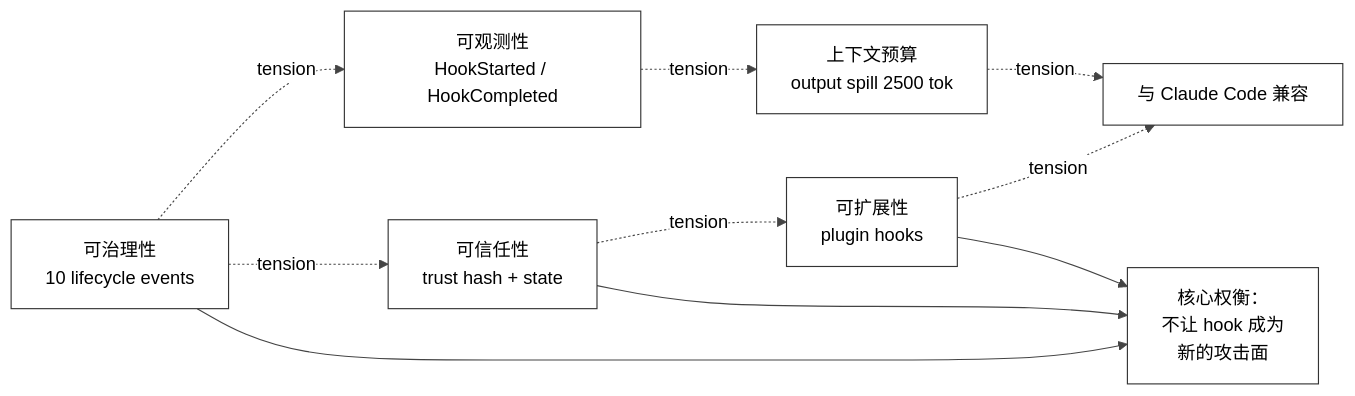
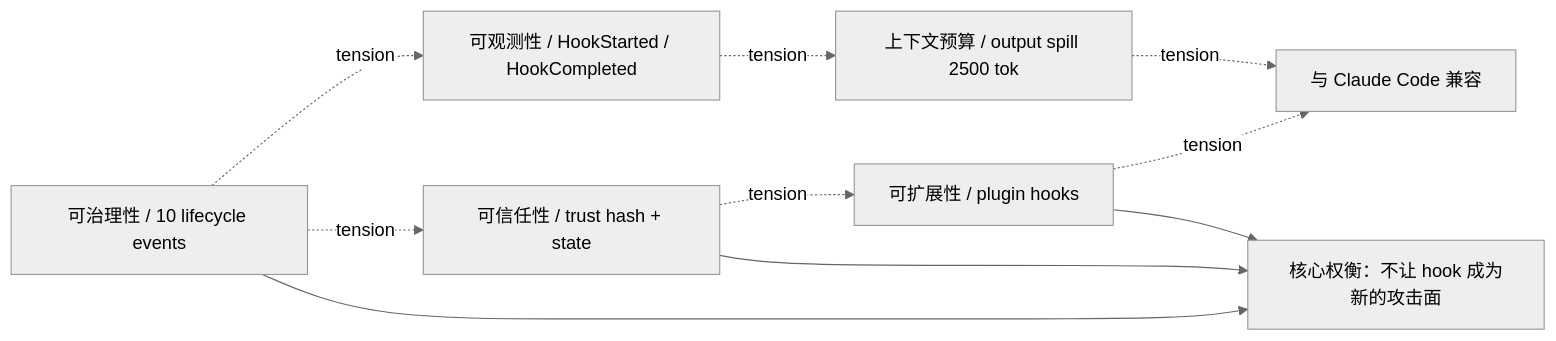
The second of 7 diagrams in Part II Source Analysis/16-Hook与生命周期事件.md (GLBB/codex-source-analysis), drawn with Mermaid before and after one commit. The commit also changed other lines of this file and 29 other files, not shown here.

````diff
--- a/Part II Source Analysis/16-Hook与生命周期事件.md
+++ b/Part II Source Analysis/16-Hook与生命周期事件.md
@@ -190,13 +190,13 @@
 ```mermaid
-%%{init: {"theme": "base", "themeCSS": "svg { background: #ffffff !important; } .label, .nodeLabel, .edgeLabel, text { color: #000000 !important; fill: #000000 !important; }", "themeVariables": {"background": "#ffffff", "mainBkg": "#ffffff", "primaryColor": "#f5f5f5", "primaryTextColor": "#000000", "primaryBorderColor": "#333333", "secondaryColor": "#f6f8fa", "tertiaryColor": "#ffffff", "lineColor": "#444444", "textColor": "#000000", "nodeBorder": "#333333", "clusterBkg": "#fafafa", "clusterBorder": "#888888", "edgeLabelBackground": "#ffffff", "fontFamily": "Helvetica"}}}%%
+%%{init:{'theme':'neutral','themeVariables':{'background':'#ffffff'}}}%%
 flowchart LR
-    A["可治理性<br/>10 lifecycle events"] -.tension.-> B["可信任性<br/>trust hash + state"]
-    A -.tension.-> C["可观测性<br/>HookStarted / HookCompleted"]
-    B -.tension.-> D["可扩展性<br/>plugin hooks"]
-    C -.tension.-> E["上下文预算<br/>output spill 2500 tok"]
+    A["可治理性 / 10 lifecycle events"] -.tension.-> B["可信任性 / trust hash + state"]
+    A -.tension.-> C["可观测性 / HookStarted / HookCompleted"]
+    B -.tension.-> D["可扩展性 / plugin hooks"]
+    C -.tension.-> E["上下文预算 / output spill 2500 tok"]
     D -.tension.-> F["与 Claude Code 兼容"]
     E -.tension.-> F
-    A --> G["核心权衡：<br/>不让 hook 成为<br/>新的攻击面"]
+    A --> G["核心权衡：不让 hook 成为新的攻击面"]
     B --> G
     D --> G
 ```
````
